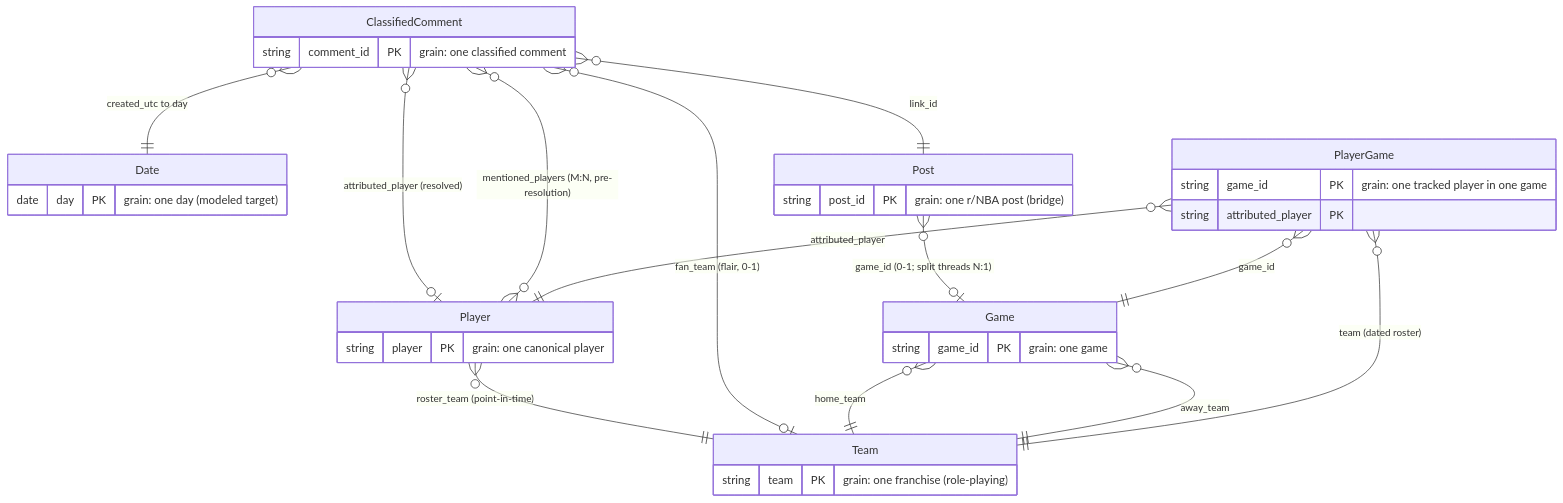
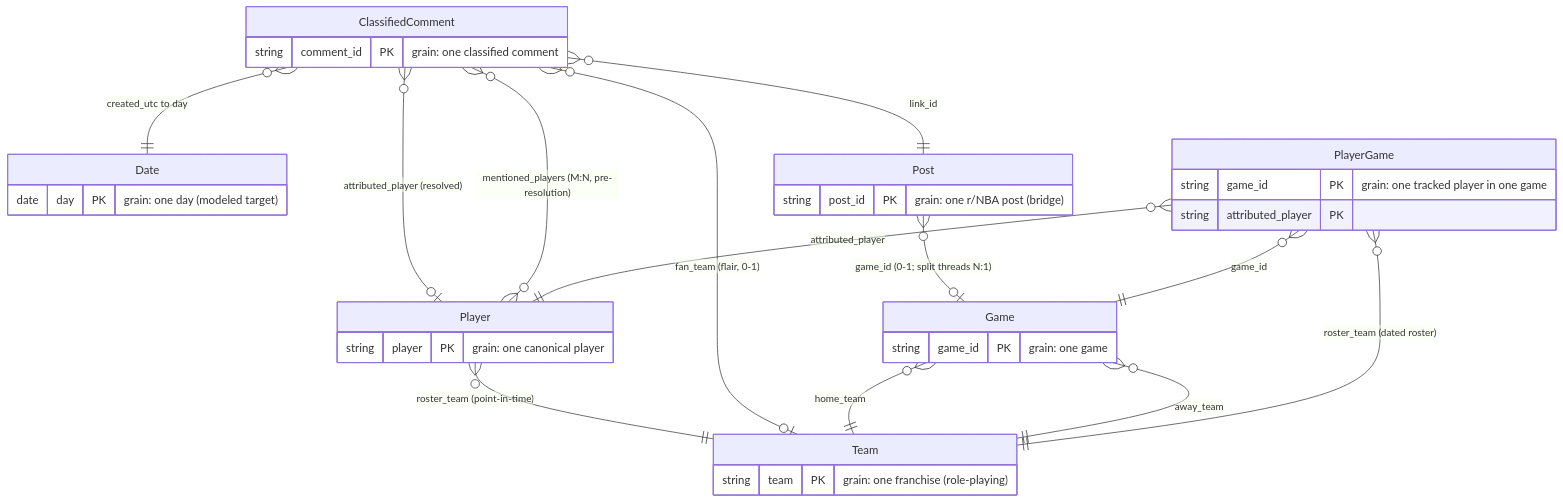
The diagram in docs/data-model.md (oluobiri/nba-hate-tracker), drawn with Mermaid before and after one commit. The commit also changed other lines of this file and 17 other files, not shown here.

First line of the commit message:
refactor(pipeline): the contract cut — fan-role names, player_id, players.slug, aggregates.json retired; SCHEMA_VERSION 5 (#112) (#115)

````diff
--- a/docs/data-model.md
+++ b/docs/data-model.md
@@ -15,38 +15,38 @@
 ```mermaid
 erDiagram
     ClassifiedComment {
         string comment_id PK "grain: one classified comment"
     }
     Player {
         string player PK "grain: one canonical player"
     }
     Team {
         string team PK "grain: one franchise (role-playing)"
     }
     Date {
         date day PK "grain: one day (modeled target)"
     }
     Game {
         string game_id PK "grain: one game"
     }
     PlayerGame {
         string game_id PK "grain: one tracked player in one game"
         string attributed_player PK
     }
     Post {
         string post_id PK "grain: one r/NBA post (bridge)"
     }
 
     Player            }o--|| Team   : "roster_team (point-in-time)"
     ClassifiedComment }o--o| Team   : "fan_team (flair, 0-1)"
     ClassifiedComment }o--o| Player : "attributed_player (resolved)"
     ClassifiedComment }o--o{ Player : "mentioned_players (M:N, pre-resolution)"
     ClassifiedComment }o--|| Date   : "created_utc to day"
     ClassifiedComment }o--|| Post   : "link_id"
     Post              }o--o| Game   : "game_id (0-1; split threads N:1)"
     Game              }o--|| Team   : "home_team"
     Game              }o--|| Team   : "away_team"
     PlayerGame        }o--|| Game   : "game_id"
     PlayerGame        }o--|| Player : "attributed_player"
-    PlayerGame        }o--|| Team   : "team (dated roster)"
+    PlayerGame        }o--|| Team   : "roster_team (dated roster)"
 ```
````
